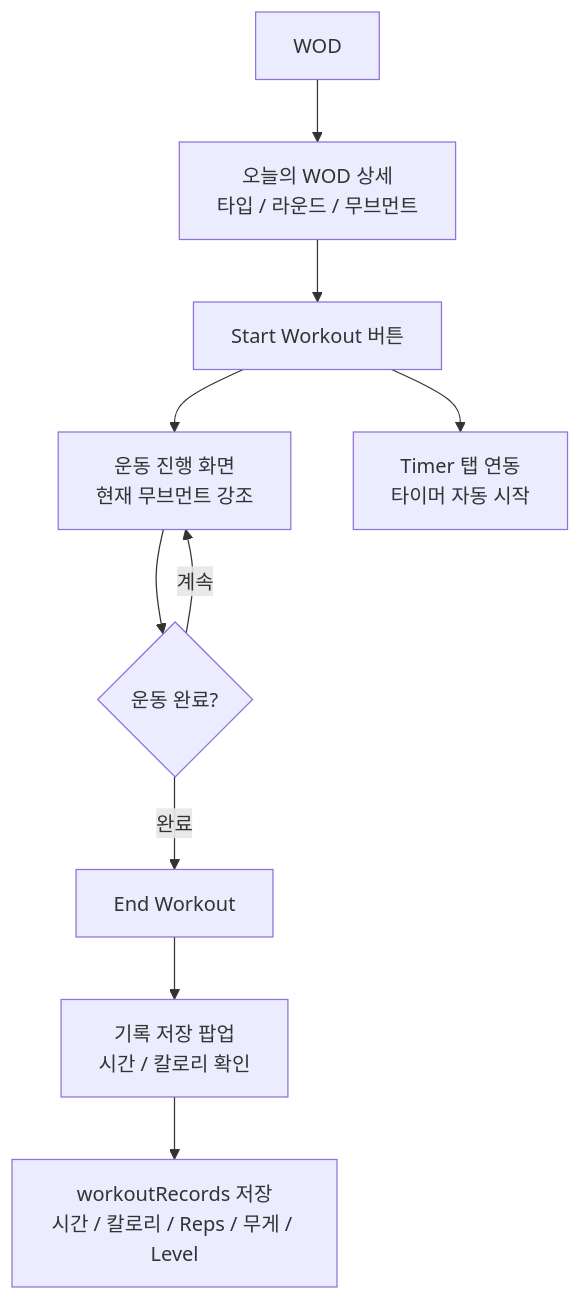
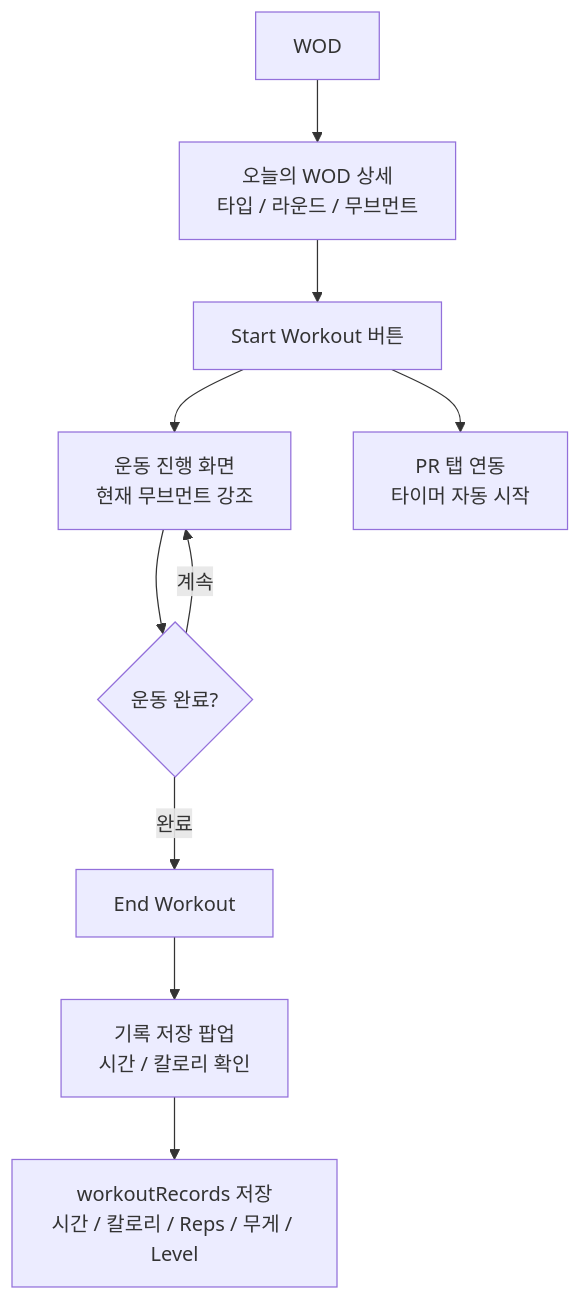
The third of 6 diagrams in 화면정의서/FLOWCHART.md (LionSeopBong/project-01), drawn with Mermaid before and after one commit. The commit also changed other lines of this file and 8 other files, not shown here.

````diff
--- a/화면정의서/FLOWCHART.md
+++ b/화면정의서/FLOWCHART.md
@@ -50,12 +50,12 @@
 ```mermaid
 flowchart TD
     W[WOD] --> W1[오늘의 WOD 상세\n타입 / 라운드 / 무브먼트]
     W1 --> W2[Start Workout 버튼]
     W2 --> W3[운동 진행 화면\n현재 무브먼트 강조]
-    W2 --> W8[Timer 탭 연동\n타이머 자동 시작]
+    W2 --> W8[PR 탭 연동\n타이머 자동 시작]
     W3 --> W4{운동 완료?}
     W4 -- 완료 --> W5[End Workout]
     W5 --> W6[기록 저장 팝업\n시간 / 칼로리 확인]
     W6 --> W7[workoutRecords 저장\n시간 / 칼로리 / Reps / 무게 / Level]
     W4 -- 계속 --> W3
 ```
````
